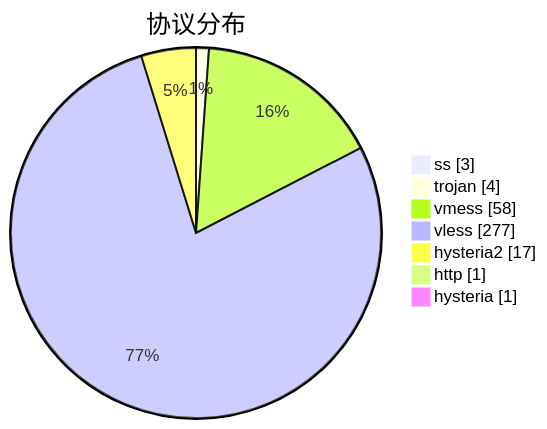
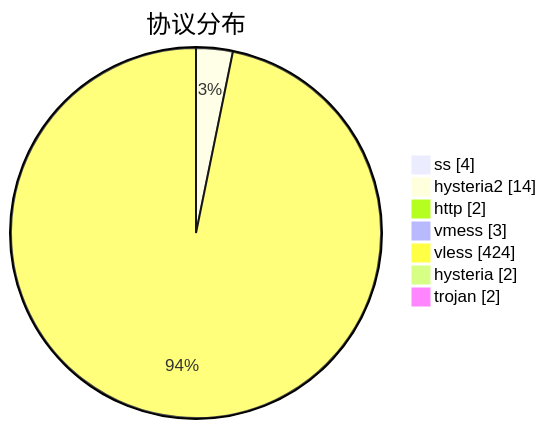
Before and after one commit to sinspired/airport: the third of 3 diagrams in subs/statistics/tested_within.md, drawn with Mermaid. The commit also changed other lines of this file and 2 other files, not shown here.

````diff
--- a/subs/statistics/tested_within.md
+++ b/subs/statistics/tested_within.md
@@ -32,11 +35,11 @@
 ```mermaid
 pie showData
 title 协议分布
-"ss" : 3
-"trojan" : 4
-"vmess" : 58
-"vless" : 277
-"hysteria2" : 17
-"http" : 1
-"hysteria" : 1
+"ss" : 4
+"hysteria2" : 14
+"http" : 2
+"vmess" : 3
+"vless" : 424
+"hysteria" : 2
+"trojan" : 2
 ```
````
